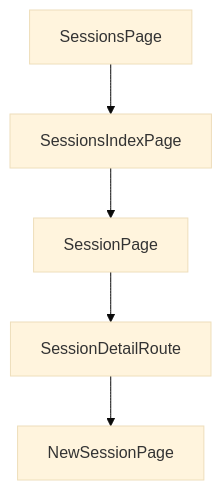
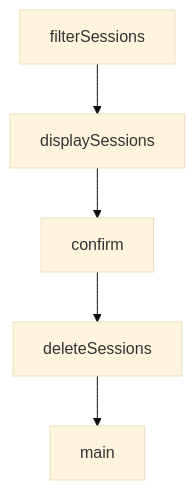
The diagram in tutorials/hapi-tutorial/04-remote-access-and-networking.md (johnxie/awesome-code-docs), drawn with Mermaid (base theme) before and after one commit. The commit also changed other lines of this file and 1232 other files, not shown here.

````diff
--- a/tutorials/hapi-tutorial/04-remote-access-and-networking.md
+++ b/tutorials/hapi-tutorial/04-remote-access-and-networking.md
@@ -261,12 +248,12 @@
 ```mermaid
 flowchart TD
-    A[SessionsPage]
-    B[SessionsIndexPage]
-    C[SessionPage]
-    D[SessionDetailRoute]
-    E[NewSessionPage]
+    A[filterSessions]
+    B[displaySessions]
+    C[confirm]
+    D[deleteSessions]
+    E[main]
     A --> B
     B --> C
     C --> D
     D --> E
 ```
````
